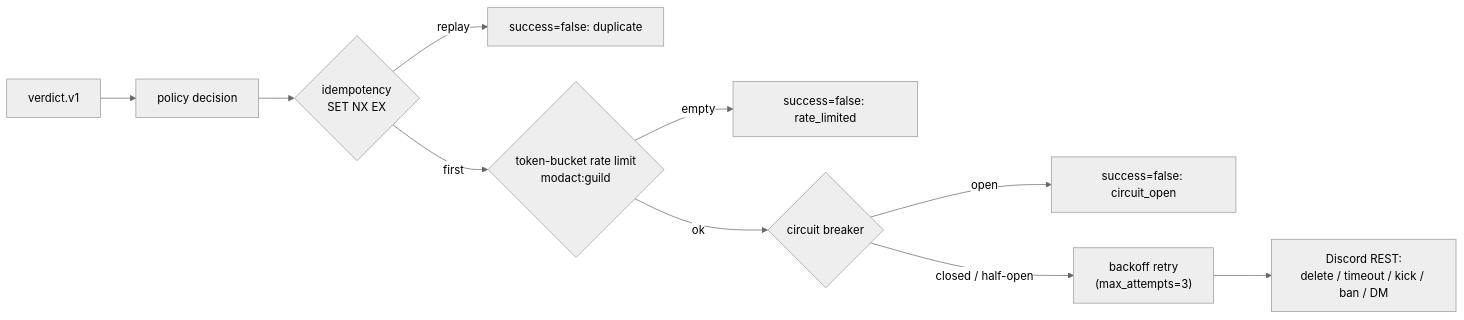
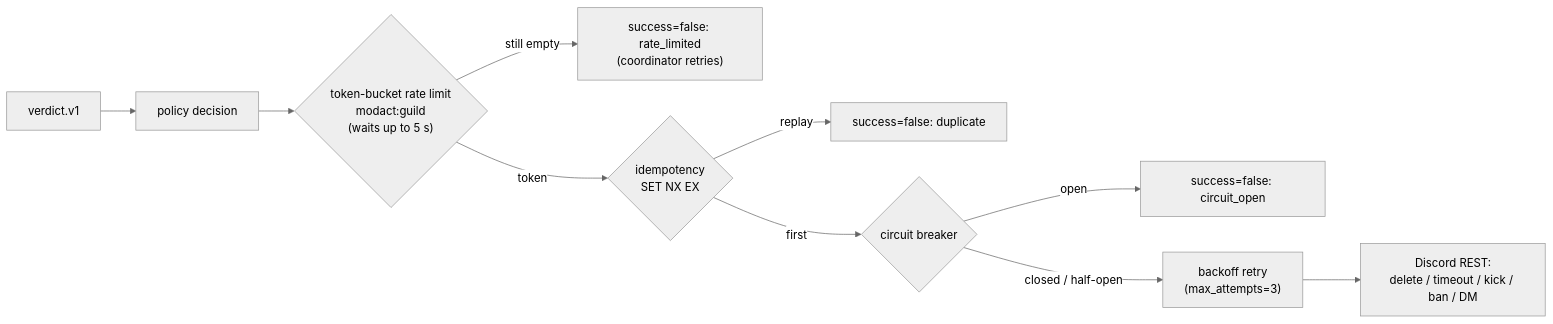
Before and after one commit to rafs2006/optimus: the third of 3 diagrams in docs/architecture.md, drawn with Mermaid (neutral theme). The commit also changed other lines of this file and 11 other files, not shown here.

````diff
--- a/docs/architecture.md
+++ b/docs/architecture.md
@@ -285,12 +287,12 @@
 ```mermaid
 flowchart LR
     V[verdict.v1] --> P[policy decision]
-    P --> Idem{"idempotency<br/>SET NX EX"}
+    P --> RL{"token-bucket rate limit<br/>modact:guild<br/>(waits up to 5 s)"}
+    RL -- still empty --> Lim["success=false: rate_limited<br/>(coordinator retries)"]
+    RL -- token --> Idem{"idempotency<br/>SET NX EX"}
     Idem -- replay --> Dup["success=false: duplicate"]
-    Idem -- first --> RL{"token-bucket rate limit<br/>modact:guild"}
-    RL -- empty --> Lim["success=false: rate_limited"]
-    RL -- ok --> CB{circuit breaker}
+    Idem -- first --> CB{circuit breaker}
     CB -- open --> Open["success=false: circuit_open"]
     CB -- closed / half-open --> BO["backoff retry<br/>(max_attempts=3)"]
     BO --> REST["Discord REST:<br/>delete / timeout / kick / ban / DM"]
 ```
````
